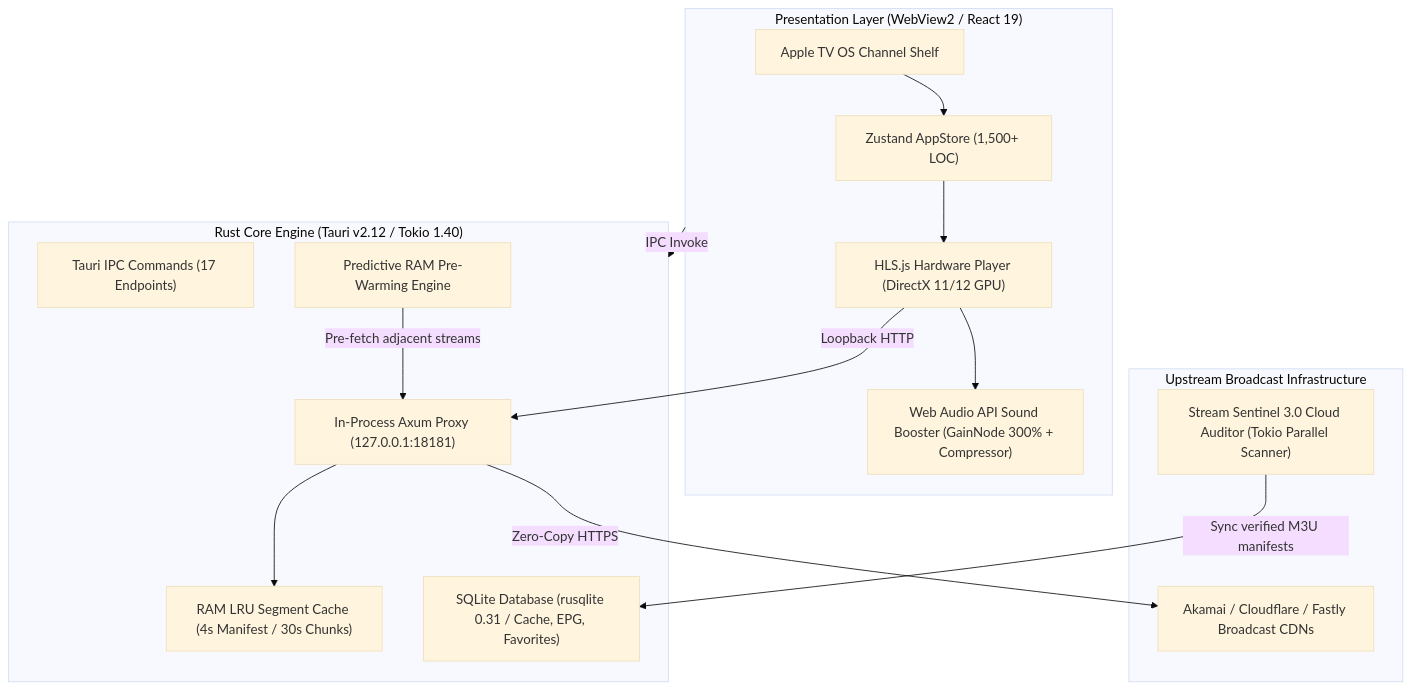
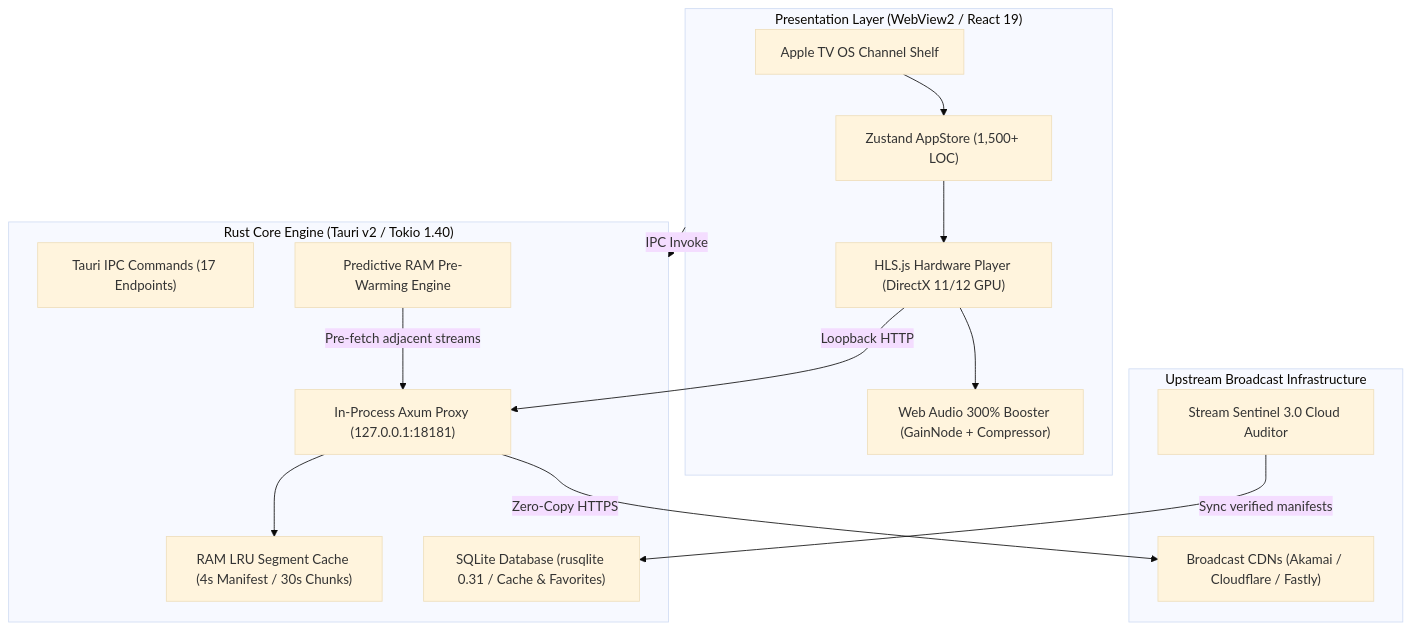
Before and after one commit to samimaktar081/morningtv: the diagram in README.md, drawn with Mermaid (base theme). The commit also changed other lines of this file and 2 other files, not shown here.

````diff
--- a/README.md
+++ b/README.md
@@ -41,28 +57,28 @@
 ```mermaid
-flowchart TB
+flowchart TD
     subgraph UI ["Presentation Layer (WebView2 / React 19)"]
         A["Apple TV OS Channel Shelf"] --> B["Zustand AppStore (1,500+ LOC)"]
         B --> C["HLS.js Hardware Player (DirectX 11/12 GPU)"]
-        C --> D["Web Audio API Sound Booster (GainNode 300% + Compressor)"]
+        C --> D["Web Audio 300% Booster (GainNode + Compressor)"]
     end
 
-    subgraph Native ["Rust Core Engine (Tauri v2.12 / Tokio 1.40)"]
+    subgraph Native ["Rust Core Engine (Tauri v2 / Tokio 1.40)"]
         E["Tauri IPC Commands (17 Endpoints)"]
         F["In-Process Axum Proxy (127.0.0.1:18181)"]
         G["RAM LRU Segment Cache (4s Manifest / 30s Chunks)"]
-        H["SQLite Database (rusqlite 0.31 / Cache, EPG, Favorites)"]
+        H["SQLite Database (rusqlite 0.31 / Cache & Favorites)"]
         I["Predictive RAM Pre-Warming Engine"]
     end
 
     subgraph Cloud ["Upstream Broadcast Infrastructure"]
-        J["Akamai / Cloudflare / Fastly Broadcast CDNs"]
-        K["Stream Sentinel 3.0 Cloud Auditor (Tokio Parallel Scanner)"]
+        J["Broadcast CDNs (Akamai / Cloudflare / Fastly)"]
+        K["Stream Sentinel 3.0 Cloud Auditor"]
     end
 
     UI -->|IPC Invoke| Native
     C -->|Loopback HTTP| F
     F --> G
     F -->|Zero-Copy HTTPS| J
     I -->|Pre-fetch adjacent streams| F
-    K -->|Sync verified M3U manifests| H
+    K -->|Sync verified manifests| H
 ```
````
